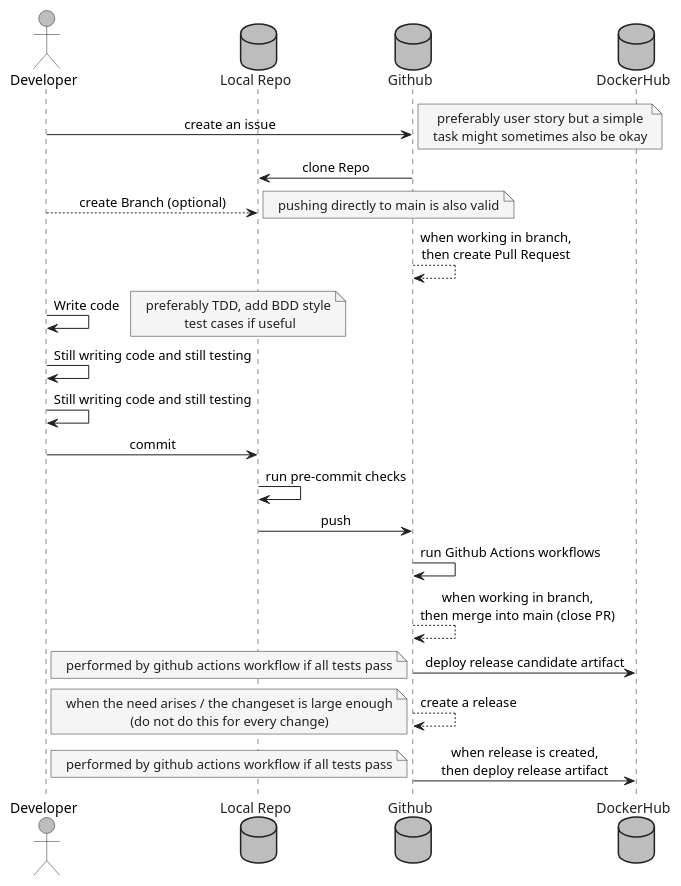
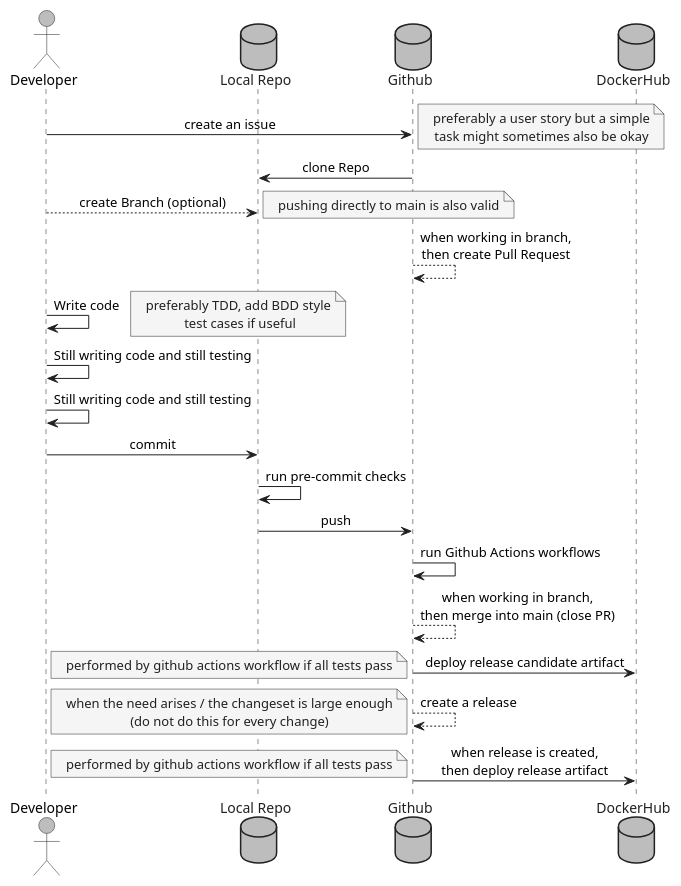
One commit to sommerfeld-io/website changed the diagram in docs/modules/ROOT/partials/development/sdlc.adoc. Above: the diagram before and after it, drawn with PlantUML.

Commit message:
SDLC diagram

```diff
--- a/docs/modules/ROOT/partials/development/sdlc.adoc
+++ b/docs/modules/ROOT/partials/development/sdlc.adoc
@@ -1,69 +1,69 @@
 [plantuml, puml-build-image, svg]
 ----
 @startuml
 
 skinparam linetype ortho
 skinparam monochrome false
 skinparam componentStyle uml2
 skinparam backgroundColor transparent
 skinparam ArrowColor #212121
 skinparam ActorBorderColor #212121
 skinparam ActorBackgroundColor #bdbdbd
 skinparam NoteBorderColor #212121
 skinparam NoteFontColor #212121
 skinparam NoteBackgroundColor #F5F5F5
 skinparam ComponentBorderColor #212121
 skinparam ComponentFontColor #212121
 skinparam DatabaseBorderColor #212121
 skinparam DatabaseBackgroundColor #bdbdbd
 skinparam DatabaseFontColor #212121
 skinparam FileBorderColor #212121
 skinparam FileFontColor #212121
 skinparam ControlBorderColor #212121
 skinparam ControlFontColor #212121
 skinparam RectangleBackgroundColor transparent
 skinparam RectangleBorderColor #212121
 skinparam RectangleFontColor #212121
 skinparam ControlBackgroundColor transparent
 skinparam ControlBorderColor #212121
 skinparam ControlFontColor #212121
 skinparam HexagonBackgroundColor transparent
 skinparam HexagonBorderColor #212121
 skinparam HexagonFontColor #212121
 skinparam ArtifactBorderColor #212121
 skinparam ArtifactFontColor #212121
 skinparam defaultTextAlignment center
 skinparam activity {
     'FontName Ubuntu
     FontName Roboto
 }
 
 actor Developer
 database Local_Repo as "Local Repo"
 database Github
 database DockerHub
 
 Developer -> Github: create an issue
-note right: preferably user story but a simple\ntask might sometimes also be okay
+note right: preferably a user story but a simple\ntask might sometimes also be okay
 Local_Repo <- Github: clone Repo
 Developer --> Local_Repo: create Branch (optional)
 note right: pushing directly to main is also valid
 Github --> Github: when working in branch,\nthen create Pull Request
 Developer -> Developer: Write code
 note right: preferably TDD, add BDD style\n test cases if useful
 Developer -> Developer: Still writing code and still testing
 Developer -> Developer: Still writing code and still testing
 Developer -> Local_Repo: commit
 Local_Repo -> Local_Repo: run pre-commit checks
 Local_Repo -> Github: push
 Github -> Github: run Github Actions workflows
 Github --> Github: when working in branch,\nthen merge into main (close PR)
 Github -> DockerHub: deploy release candidate artifact
 note left: performed by github actions workflow if all tests pass
 Github --> Github: create a release
 note left: when the need arises / the changeset is large enough\n(do not do this for every change)
 Github -> DockerHub: when release is created,\nthen deploy release artifact
 note left: performed by github actions workflow if all tests pass
 
 @enduml
 ----
```
